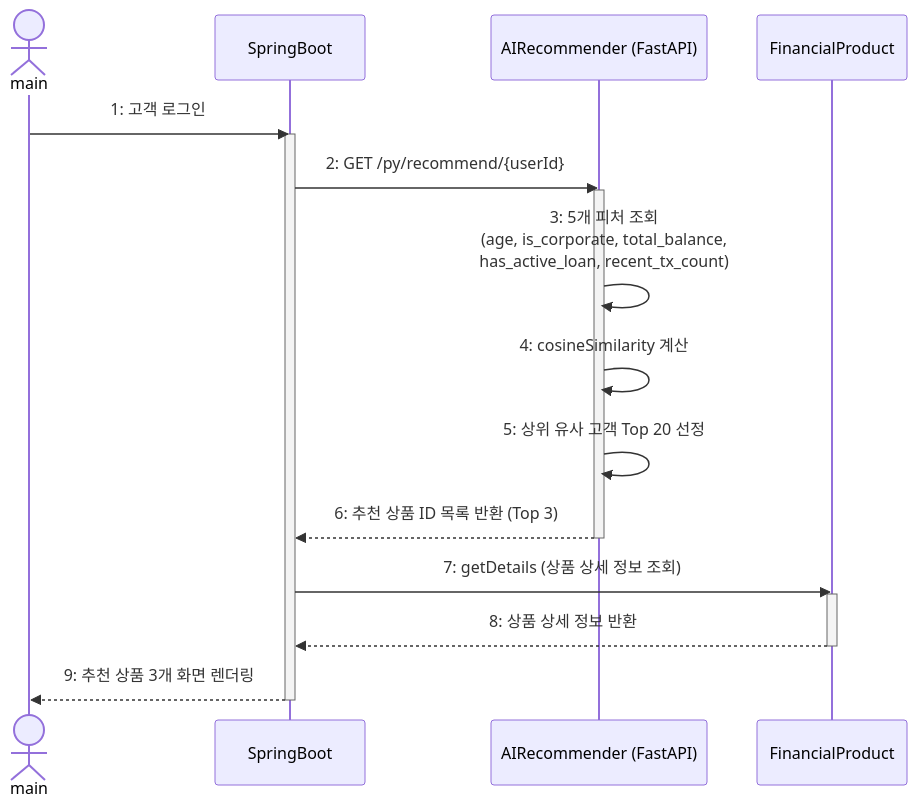
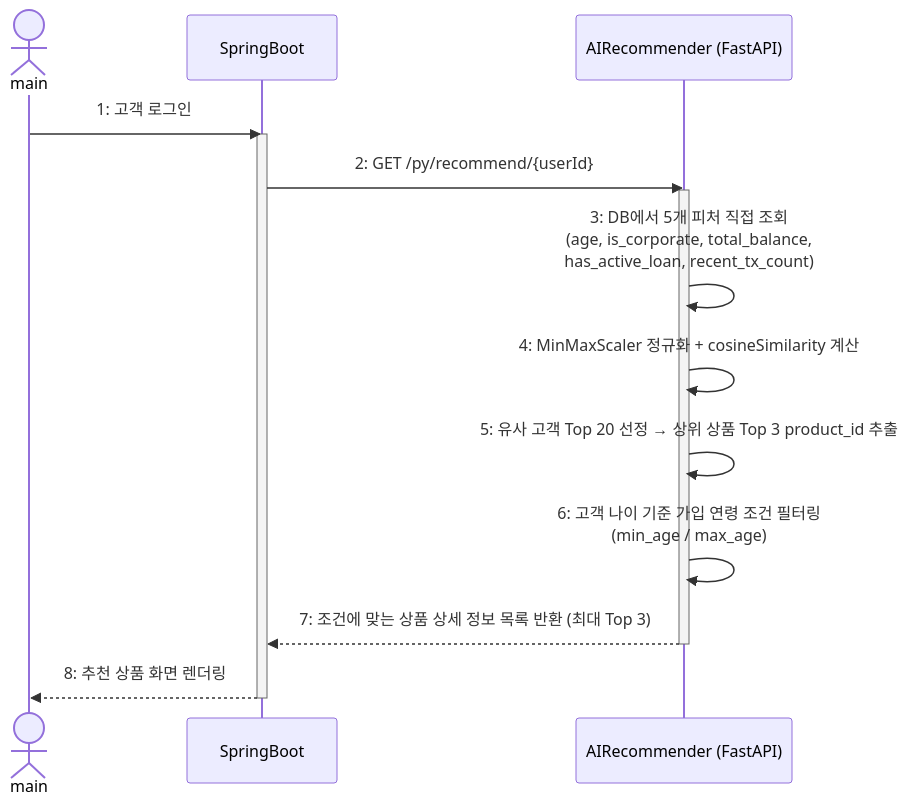
One commit to silversky621/BankScope changed the fourth of 10 diagrams in Design_[21622137_최재영].md. Above: the diagram before and after it, drawn with Mermaid. The commit also changed other lines of this file and 2 other files, not shown here.

Commit message:
docs: 자동상품추천 로직 변경사항 문서 반영
- AI 서버가 user_id만 받아 DB에서 피처 직접 조회 (Spring Boot 피처 전달 방식 제거)
- Top 3 선정 후 고객 나이 기준 가입 연령 조건(min_age/max_age) 필터링 추가
- AI 서버가 상품 상세 정보까지 반환 (Spring Boot 재조회 방식 제거)
- CSV에 product_id 직접 포함, 런타임 상품명 매핑 의존 제거

````diff
--- a/Design_[21622137_최재영].md
+++ b/Design_[21622137_최재영].md
@@ -366,23 +367,19 @@
 ```mermaid
 sequenceDiagram
     actor main
     participant SpringBoot
     participant AI as AIRecommender (FastAPI)
-    participant FP as FinancialProduct
 
     main->>SpringBoot: 1: 고객 로그인
     activate SpringBoot
     SpringBoot->>AI: 2: GET /py/recommend/{userId}
     activate AI
-    AI->>AI: 3: 5개 피처 조회<br/>(age, is_corporate, total_balance,<br/>has_active_loan, recent_tx_count)
-    AI->>AI: 4: cosineSimilarity 계산
-    AI->>AI: 5: 상위 유사 고객 Top 20 선정
-    AI-->>SpringBoot: 6: 추천 상품 ID 목록 반환 (Top 3)
+    AI->>AI: 3: DB에서 5개 피처 직접 조회<br/>(age, is_corporate, total_balance,<br/>has_active_loan, recent_tx_count)
+    AI->>AI: 4: MinMaxScaler 정규화 + cosineSimilarity 계산
+    AI->>AI: 5: 유사 고객 Top 20 선정 → 상위 상품 Top 3 product_id 추출
+    AI->>AI: 6: 고객 나이 기준 가입 연령 조건 필터링<br/>(min_age / max_age)
+    AI-->>SpringBoot: 7: 조건에 맞는 상품 상세 정보 목록 반환 (최대 Top 3)
     deactivate AI
-    SpringBoot->>FP: 7: getDetails (상품 상세 정보 조회)
-    activate FP
-    FP-->>SpringBoot: 8: 상품 상세 정보 반환
-    deactivate FP
-    SpringBoot-->>main: 9: 추천 상품 3개 화면 렌더링
+    SpringBoot-->>main: 8: 추천 상품 화면 렌더링
     deactivate SpringBoot
 ```
````
